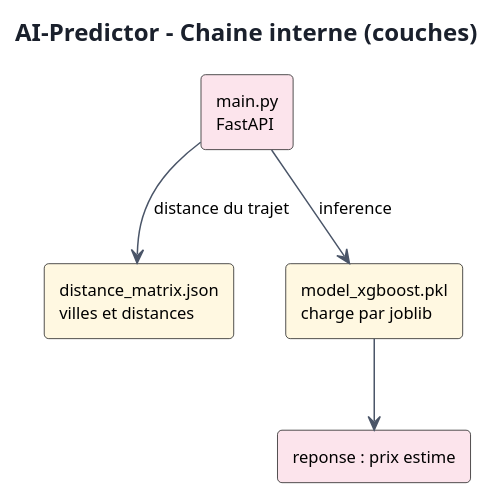
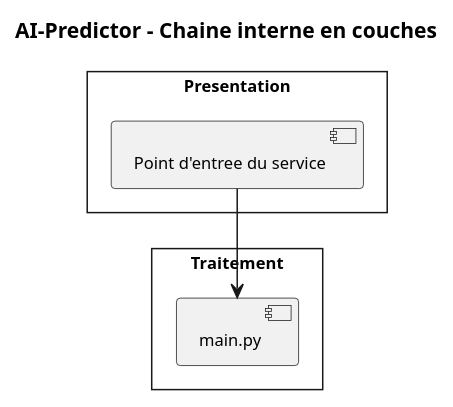
Before and after one commit to saber-barhoumi/Xpark-gmao: the diagram in docs/diagrams/microservices/AI-Predictor/AI-Predictor-service-flow.puml, drawn with PlantUML. The commit also changed 37 other files, not shown here.

First line of the commit message:
docs(uml): correctifs semantiques sur les diagrammes des microservices

```diff
--- a/docs/diagrams/microservices/AI-Predictor/AI-Predictor-service-flow.puml
+++ b/docs/diagrams/microservices/AI-Predictor/AI-Predictor-service-flow.puml
@@ -1,27 +1,24 @@
 @startuml
 skinparam style strictuml
-skinparam backgroundColor #FFFFFF
+skinparam packageStyle rectangle
+skinparam classAttributeIconSize 0
 skinparam shadowing false
 skinparam defaultFontName Verdana
 skinparam defaultFontSize 11
-skinparam roundCorner 6
-skinparam ArrowColor #4A5568
-skinparam TitleFontSize 16
-skinparam TitleFontColor #1A202C
-skinparam NoteBackgroundColor #FFF8DC
-skinparam NoteBorderColor #D6BF7A
-skinparam componentStyle rectangle
+skinparam backgroundColor #FFFFFF
+hide empty members
 
-title AI-Predictor - Chaine interne (couches)
+title AI-Predictor - Chaine interne en couches
 
 skinparam componentStyle rectangle
 
-rectangle "main.py\nFastAPI" as A #FCE4EC
-rectangle "distance_matrix.json\nvilles et distances" as B #FFF8E1
-rectangle "model_xgboost.pkl\ncharge par joblib" as C #FFF8E1
-rectangle "reponse : prix estime" as D #FCE4EC
-A --> B : distance du trajet
-A --> C : inference
-C --> D
+package "Presentation" {
+  component "Point d'entree du service" as ENTREE
+}
+package "Traitement" {
+  component "main.py" as main_py
+}
+
+ENTREE --> main_py
 
 @enduml
```
